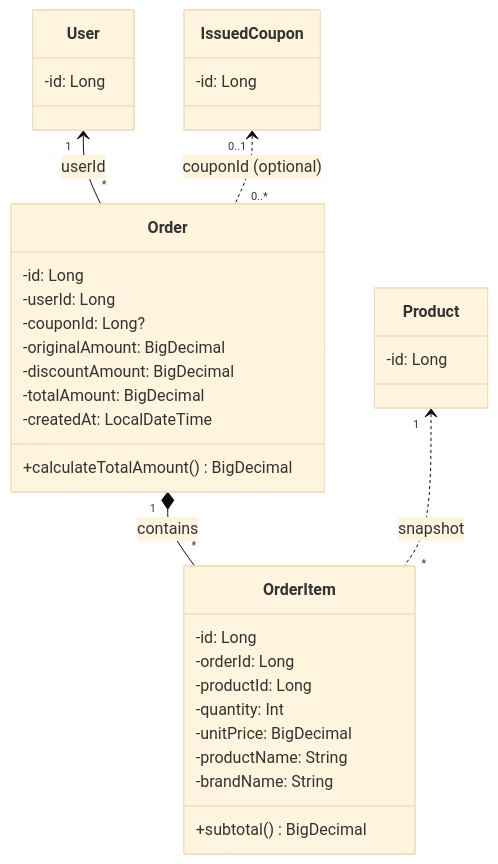
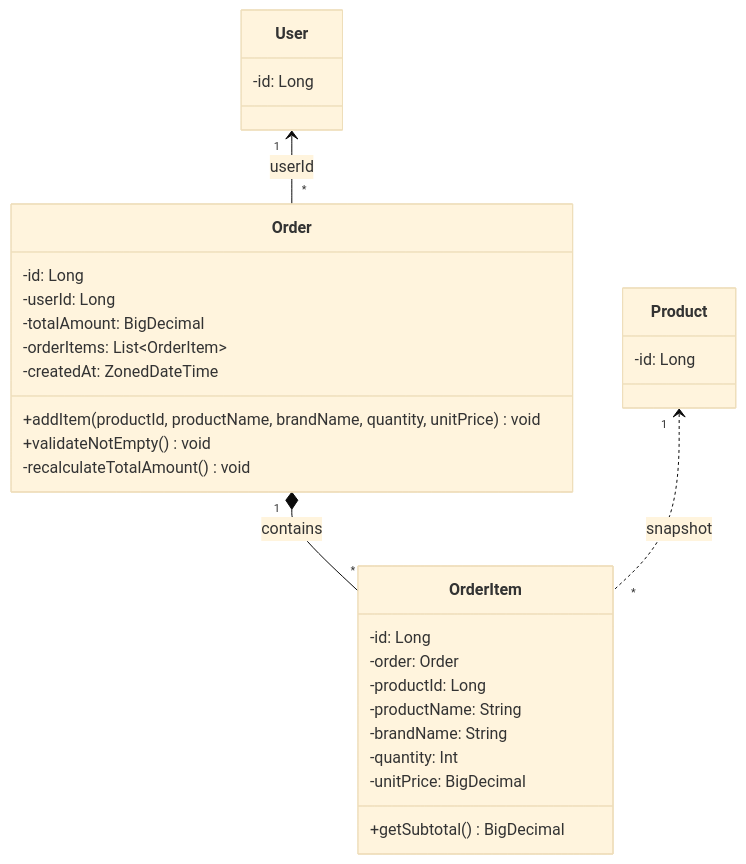
The sixth of 8 diagrams in docs/design/03-class-diagram.md (Loopers-dev-lab/loop-pack-be-l2-vol3-kotlin), drawn with Mermaid (base theme) before and after one commit. The commit also changed other lines of this file, not shown here.

First line of the commit message:
docs: 클래스 다이어그램을 실제 코드 구조에 맞게 수정

````diff
--- a/docs/design/03-class-diagram.md
+++ b/docs/design/03-class-diagram.md
@@ -240,41 +283,36 @@
 ```mermaid
 classDiagram
     class Order {
         -id: Long
         -userId: Long
-        -couponId: Long?
-        -originalAmount: BigDecimal
-        -discountAmount: BigDecimal
         -totalAmount: BigDecimal
-        -createdAt: LocalDateTime
-        +calculateTotalAmount() BigDecimal
+        -orderItems: List~OrderItem~
+        -createdAt: ZonedDateTime
+        +addItem(productId, productName, brandName, quantity, unitPrice) void
+        +validateNotEmpty() void
+        -recalculateTotalAmount() void
     }
 
     class OrderItem {
         -id: Long
-        -orderId: Long
+        -order: Order
         -productId: Long
+        -productName: String
+        -brandName: String
         -quantity: Int
         -unitPrice: BigDecimal
-        -productName: String
-        -brandName: String
-        +subtotal() BigDecimal
+        +getSubtotal() BigDecimal
     }
 
     class User {
         -id: Long
     }
 
     class Product {
         -id: Long
     }
 
-    class IssuedCoupon {
-        -id: Long
-    }
-
     User "1" <-- "*" Order : userId
     Order "1" *-- "*" OrderItem : contains
     Product "1" <.. "*" OrderItem : snapshot
-    IssuedCoupon "0..1" <.. "0..*" Order : couponId (optional)
 ```
````
